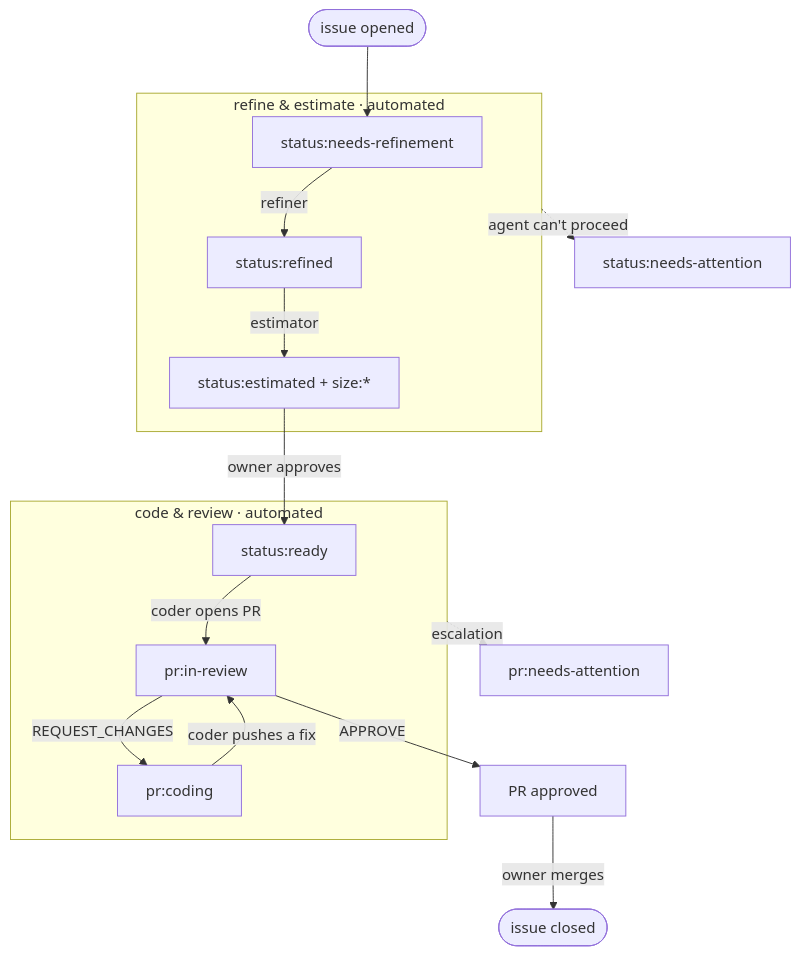
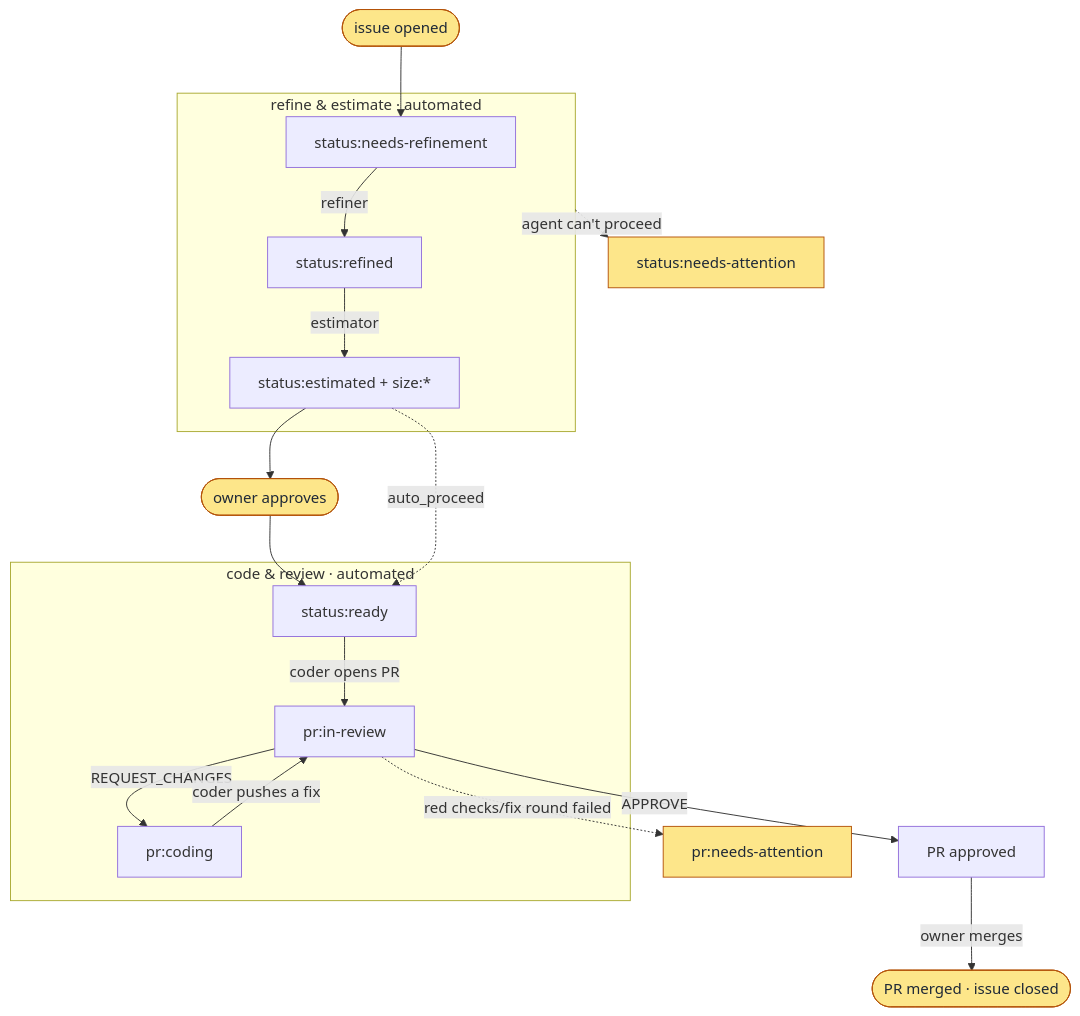
Before and after one commit to abi83/interns: the diagram in README.md, drawn with Mermaid. The commit also changed other lines of this file and 22 other files, not shown here.

````diff
--- a/README.md
+++ b/README.md
@@ -53,23 +39,27 @@
 ```mermaid
 flowchart TD
     A([issue opened]) --> B
 
     subgraph P1 ["refine &amp; estimate · automated"]
         B["status:needs-refinement"] -->|refiner| C["status:refined"]
         C -->|estimator| D["status:estimated + size:*"]
     end
 
-    D -->|owner approves| E
+    D --> M(["owner approves"]) --> E
 
     subgraph P2 ["code &amp; review · automated"]
         E["status:ready"] -->|coder opens PR| F["pr:in-review"]
         F -->|REQUEST_CHANGES| G["pr:coding"]
         G -->|coder pushes a fix| F
     end
 
     F -->|APPROVE| H["PR approved"]
-    H -->|owner merges| I([issue closed])
+    H -->|owner merges| I([PR merged · issue closed])
 
     P1 -.->|agent can't proceed| J["status:needs-attention"]
-    P2 -.->|escalation| K["pr:needs-attention"]
+    F -.->|red checks/fix round failed| K["pr:needs-attention"]
+    D -.->|auto_proceed| E
+
+    classDef human fill:#fde68a,stroke:#b45309,color:#1f2937
+    class A,M,I,J,K human
 ```
````
